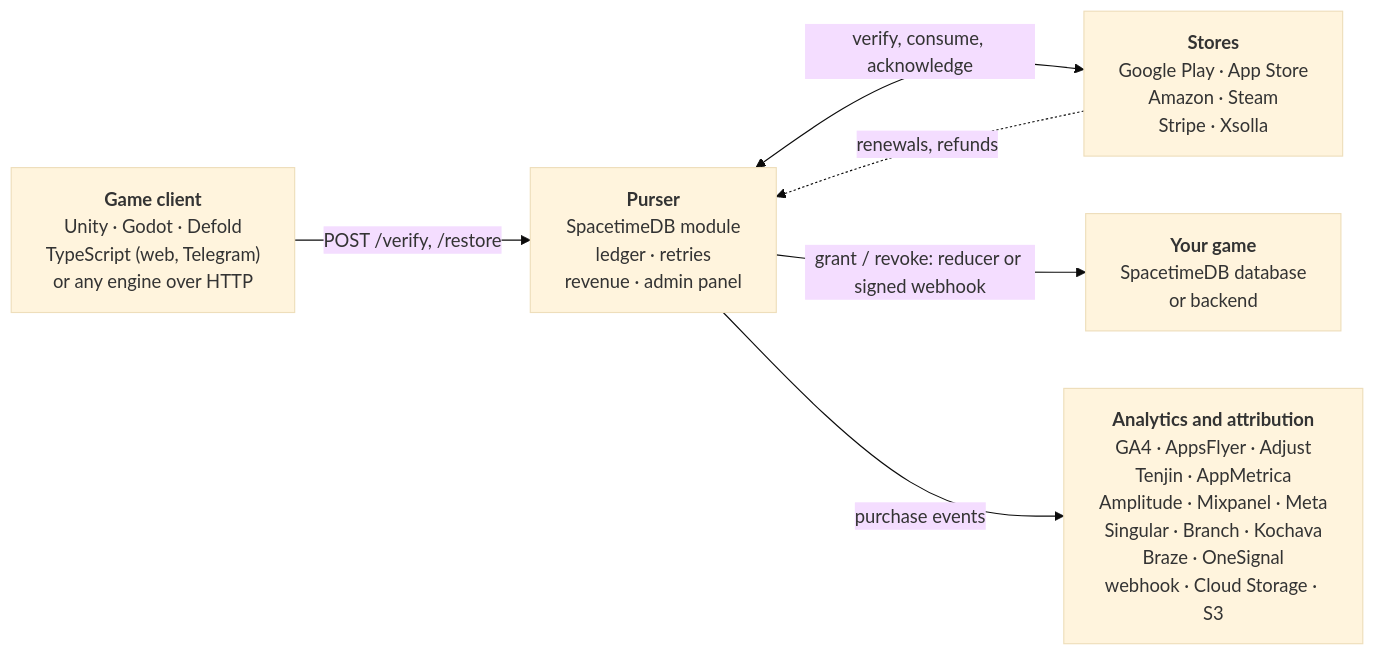
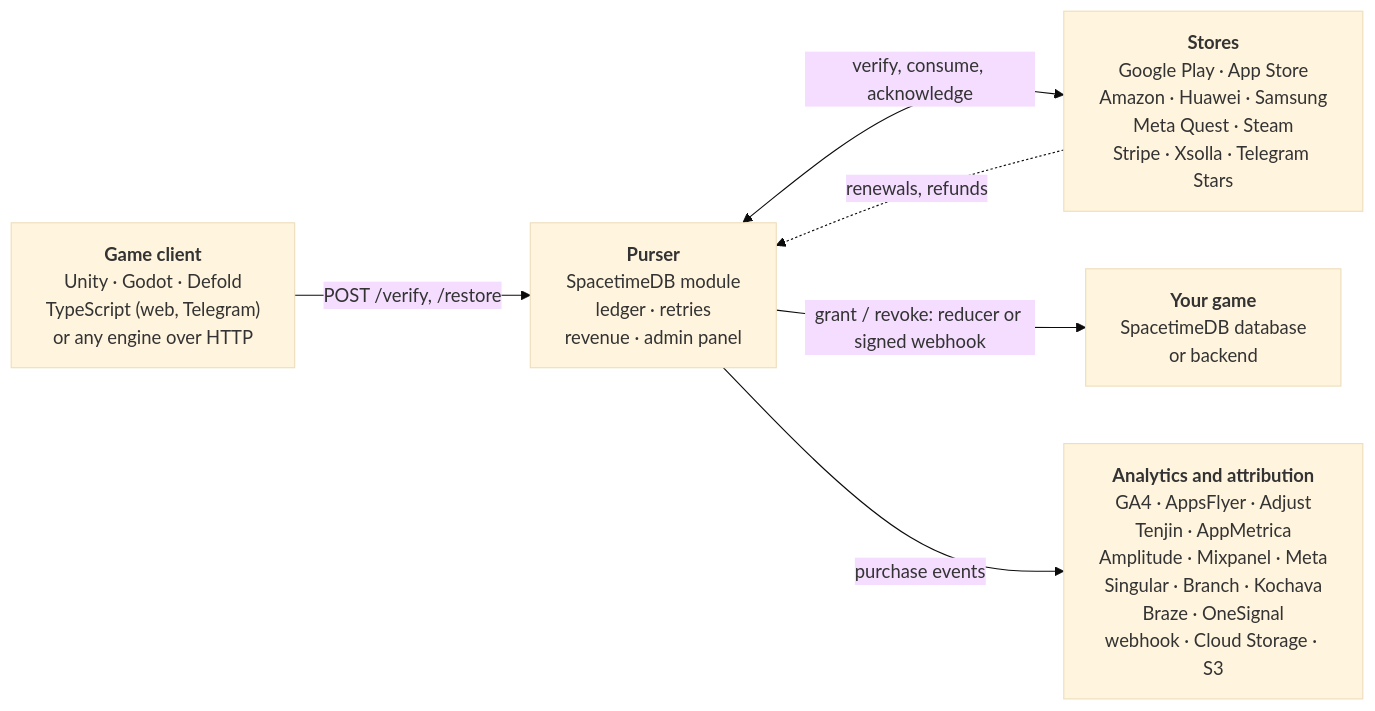
Before and after one commit to yevhenii-sir/purser: the diagram in README.md, drawn with Mermaid (base theme). The commit also changed other lines of this file and 4 other files, not shown here.

````diff
--- a/README.md
+++ b/README.md
@@ -12,14 +12,14 @@
 ```mermaid
 flowchart LR
     client["<b>Game client</b><br/>Unity · Godot · Defold<br/>TypeScript (web, Telegram)<br/>or any engine over HTTP"]
     purser["<b>Purser</b><br/>SpacetimeDB module<br/>ledger · retries<br/>revenue · admin panel"]
-    stores["<b>Stores</b><br/>Google Play · App Store<br/>Amazon · Steam<br/>Stripe · Xsolla"]
+    stores["<b>Stores</b><br/>Google Play · App Store<br/>Amazon · Huawei · Samsung<br/>Meta Quest · Steam<br/>Stripe · Xsolla · Telegram Stars"]
     game["<b>Your game</b><br/>SpacetimeDB database<br/>or backend"]
     tools["<b>Analytics and attribution</b><br/>GA4 · AppsFlyer · Adjust<br/>Tenjin · AppMetrica<br/>Amplitude · Mixpanel · Meta<br/>Singular · Branch · Kochava<br/>Braze · OneSignal<br/>webhook · Cloud Storage · S3"]
 
     client -->|"POST /verify, /restore"| purser
     purser <-->|"verify, consume, acknowledge"| stores
     stores -.->|"renewals, refunds"| purser
     purser -->|"grant / revoke: reducer or signed webhook"| game
     purser -->|"purchase events"| tools
 ```
````
